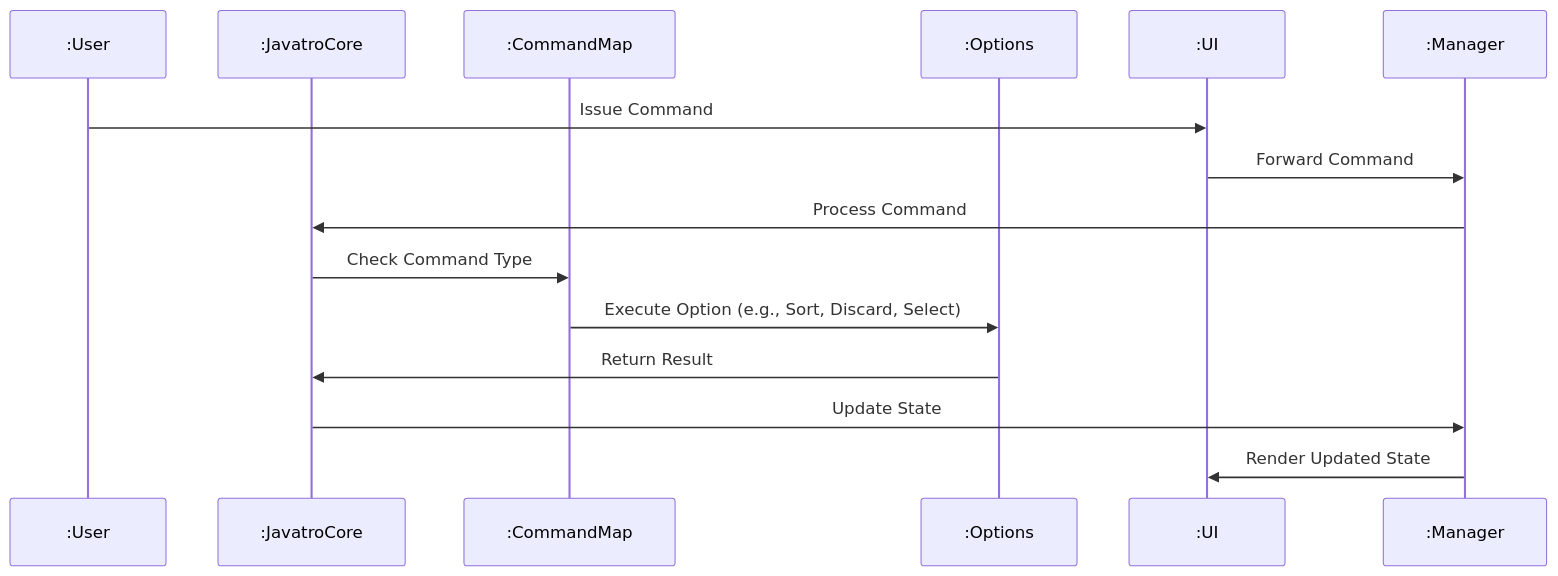
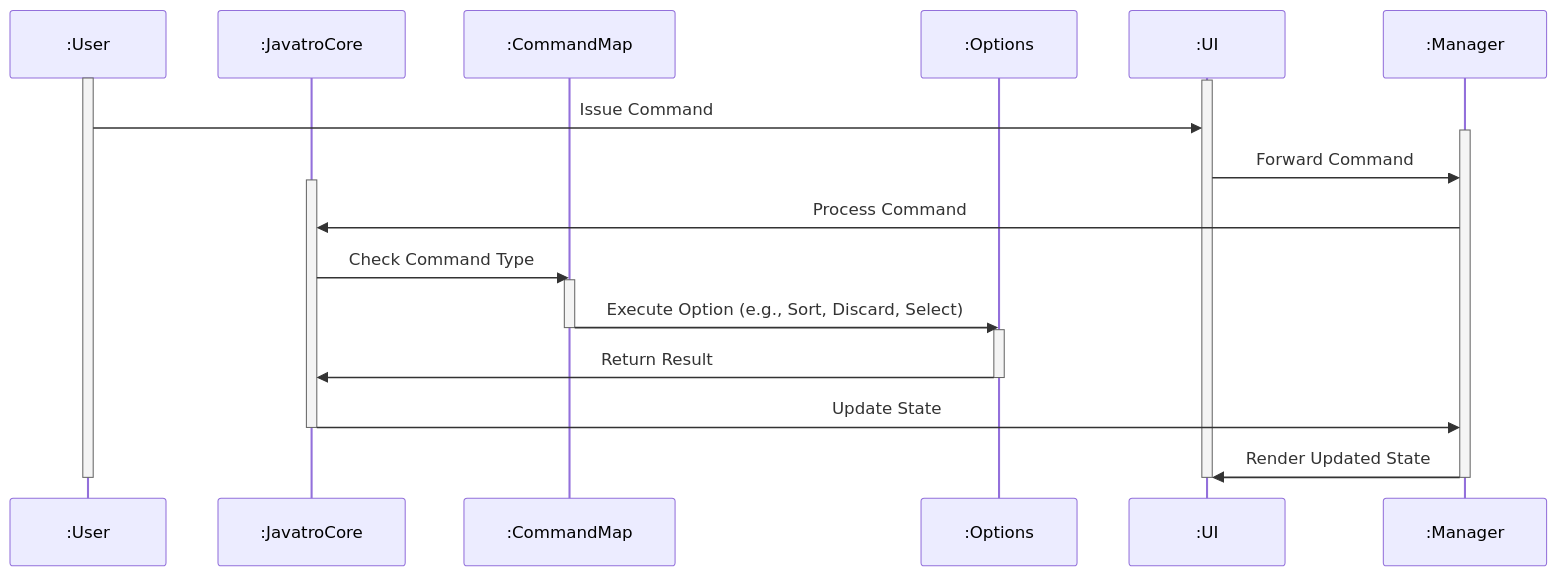
Before and after one commit to jwyk/tp: the diagram in docs/dg_diagrams/Logic SD.md, drawn with Mermaid. The commit also changed 4 other files, not shown here.

Commit message:
Fix some sequence diagrams

````diff
--- a/docs/dg_diagrams/Logic SD.md
+++ b/docs/dg_diagrams/Logic SD.md
@@ -1,18 +1,29 @@
 ```mermaid
 sequenceDiagram
     participant #58;User
     participant #58;JavatroCore
     participant #58;CommandMap
     participant #58;Options
     participant #58;UI
     participant #58;Manager
-
+    activate #58;User
+    activate #58;UI
     #58;User ->> #58;UI: Issue Command
+    activate #58;Manager
     #58;UI ->> #58;Manager: Forward Command
+    activate #58;JavatroCore
     #58;Manager ->> #58;JavatroCore: Process Command
     #58;JavatroCore ->> #58;CommandMap: Check Command Type
+    activate #58;CommandMap
     #58;CommandMap ->> #58;Options: Execute Option (e.g., Sort, Discard, Select)
+    deactivate #58;CommandMap
+    activate #58;Options
     #58;Options ->> #58;JavatroCore: Return Result
+    deactivate #58;Options
     #58;JavatroCore ->> #58;Manager: Update State
+    deactivate #58;JavatroCore
     #58;Manager ->> #58;UI: Render Updated State
+    deactivate #58;Manager
+    deactivate #58;UI
+    deactivate #58;User
 ```
````
